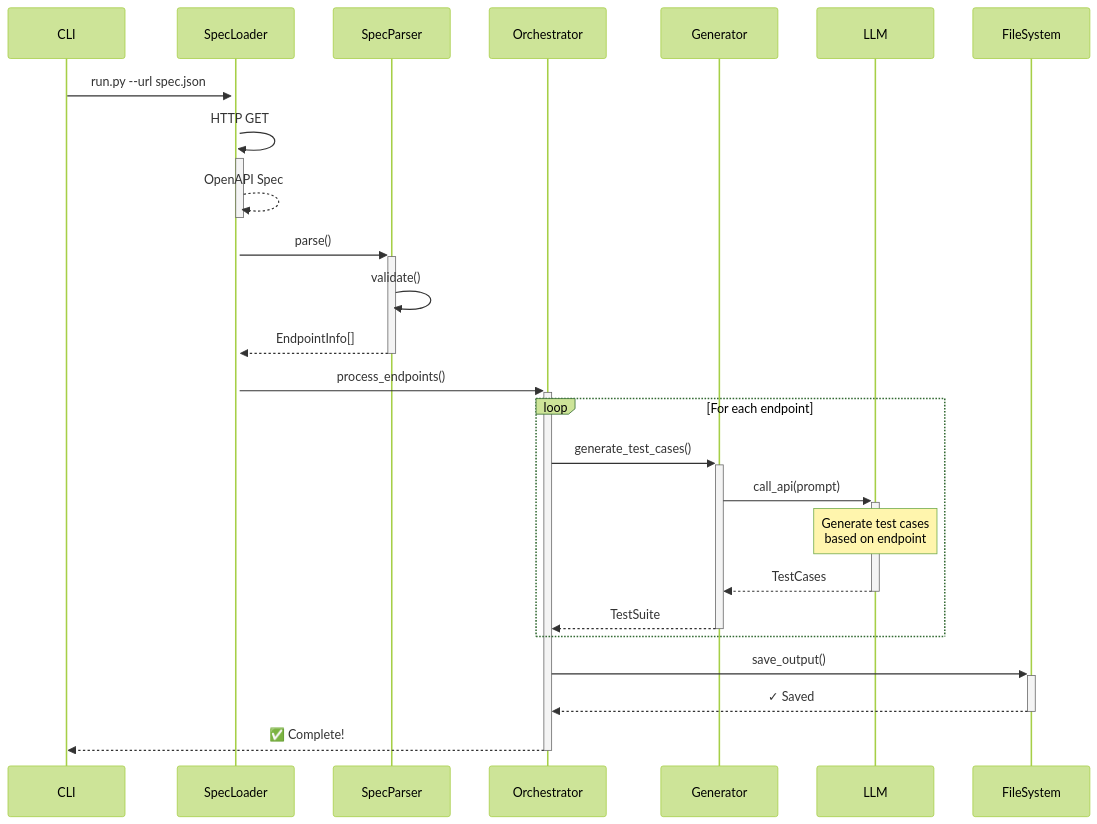
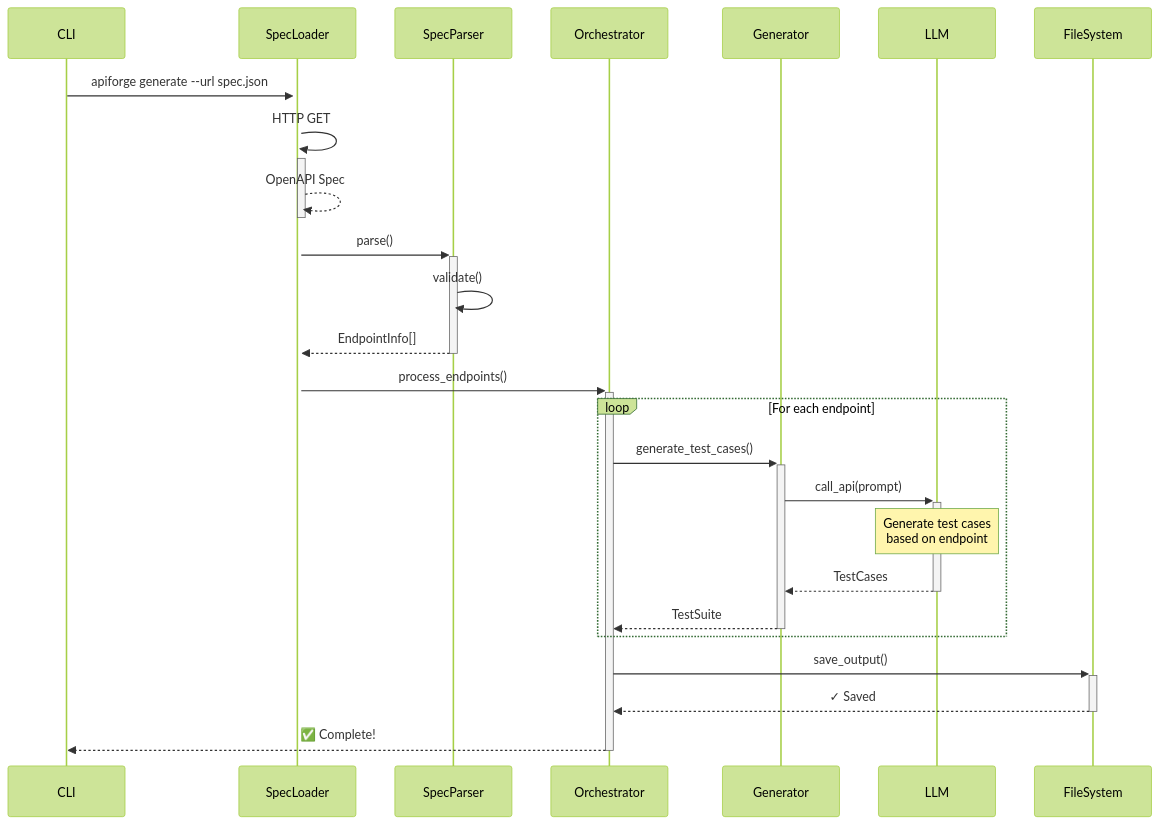
Before and after one commit to Devliang24/apiforge: the diagram in README.md, drawn with Mermaid (forest theme). The commit also changed other lines of this file and 4 other files, not shown here.

````diff
--- a/README.md
+++ b/README.md
@@ -336,33 +369,33 @@
 ```mermaid
 sequenceDiagram
     participant CLI
     participant SpecLoader
     participant SpecParser
     participant Orchestrator
     participant Generator
     participant LLM
     participant FileSystem
 
-    CLI->>+SpecLoader: run.py --url spec.json
+    CLI->>+SpecLoader: apiforge generate --url spec.json
     SpecLoader->>+SpecLoader: HTTP GET
     SpecLoader-->>-SpecLoader: OpenAPI Spec
     
     SpecLoader->>+SpecParser: parse()
     SpecParser->>SpecParser: validate()
     SpecParser-->>-SpecLoader: EndpointInfo[]
     
     SpecLoader->>+Orchestrator: process_endpoints()
     
     loop For each endpoint
         Orchestrator->>+Generator: generate_test_cases()
         Generator->>+LLM: call_api(prompt)
         Note over LLM: Generate test cases<br/>based on endpoint
         LLM-->>-Generator: TestCases
         Generator-->>-Orchestrator: TestSuite
     end
     
     Orchestrator->>+FileSystem: save_output()
     FileSystem-->>-Orchestrator: ✓ Saved
     
     Orchestrator-->>-CLI: ✅ Complete!
 ```
````
